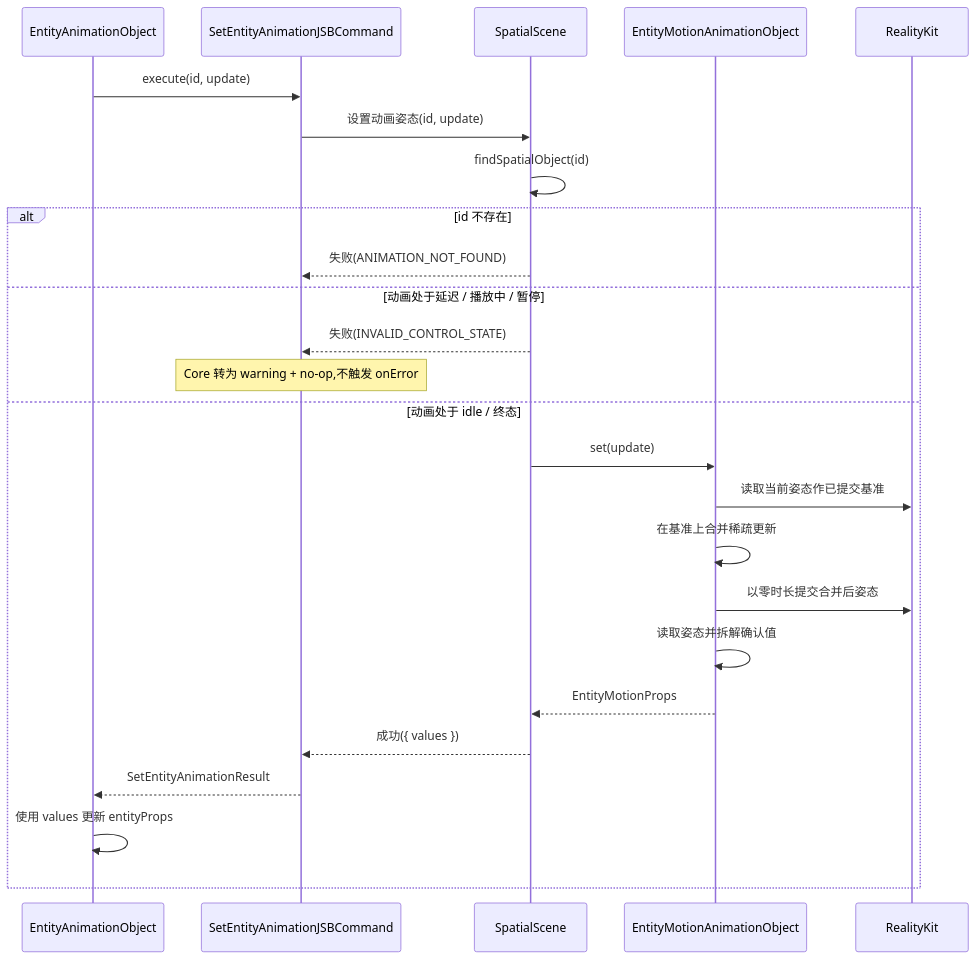
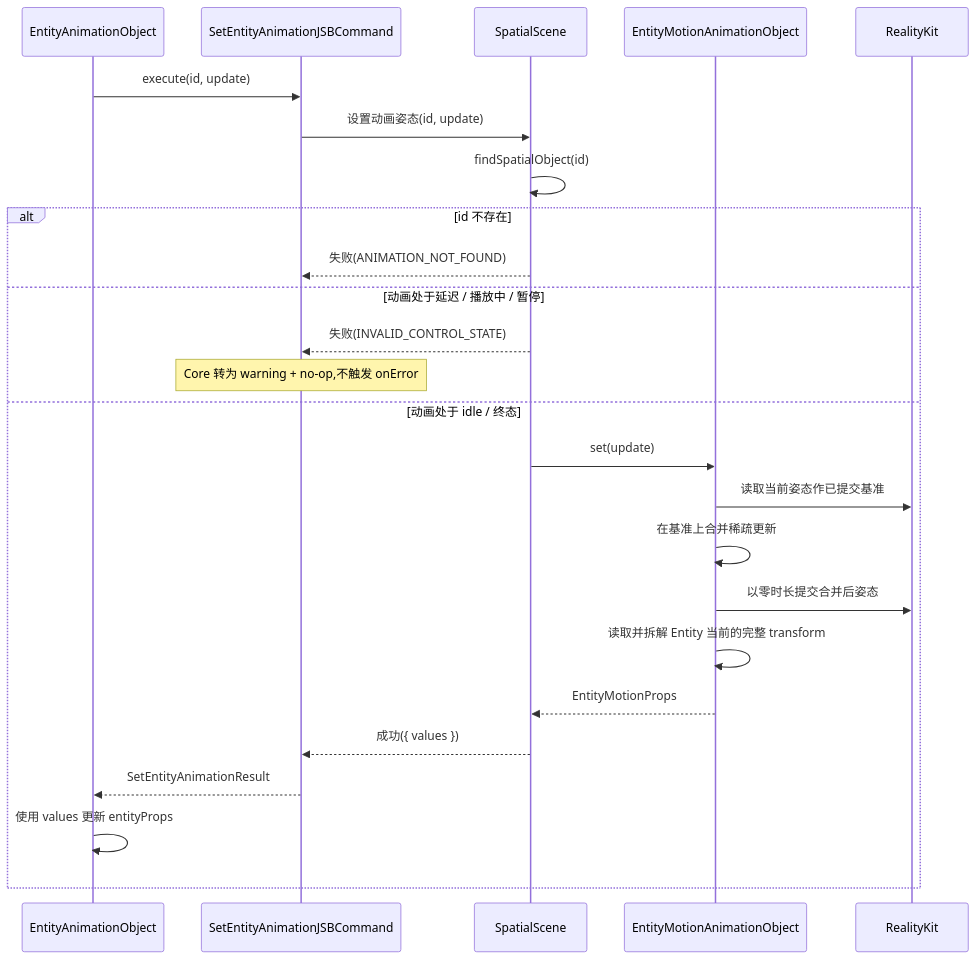
Diagram 14 of 14 in openspec/changes/redesign-entity-motion-api/design.zh.md (webspatial/webspatial-sdk), drawn with Mermaid before and after one commit. The commit also changed other lines of this file and 7 other files, not shown here.

Commit message:
docs(openspec): clarify entity transform write protection and handoff

````diff
--- a/openspec/changes/redesign-entity-motion-api/design.zh.md
+++ b/openspec/changes/redesign-entity-motion-api/design.zh.md
@@ -1323,28 +1326,28 @@
 ```mermaid
 sequenceDiagram
     participant Core as EntityAnimationObject
     participant JSB as SetEntityAnimationJSBCommand
     participant Scene as SpatialScene
     participant Obj as EntityMotionAnimationObject
     participant RK as RealityKit
 
     Core->>JSB: execute(id, update)
     JSB->>Scene: 设置动画姿态(id, update)
     Scene->>Scene: findSpatialObject(id)
     alt id 不存在
         Scene-->>JSB: 失败(ANIMATION_NOT_FOUND)
     else 动画处于延迟 / 播放中 / 暂停
         Scene-->>JSB: 失败(INVALID_CONTROL_STATE)
         Note over JSB: Core 转为 warning + no-op,不触发 onError
     else 动画处于 idle / 终态
         Scene->>Obj: set(update)
         Obj->>RK: 读取当前姿态作已提交基准
         Obj->>Obj: 在基准上合并稀疏更新
         Obj->>RK: 以零时长提交合并后姿态
-        Obj->>Obj: 读取姿态并拆解确认值
+        Obj->>Obj: 读取并拆解 Entity 当前的完整 transform
         Obj-->>Scene: EntityMotionProps
         Scene-->>JSB: 成功({ values })
         JSB-->>Core: SetEntityAnimationResult
         Core->>Core: 使用 values 更新 entityProps
     end
 ```
````
